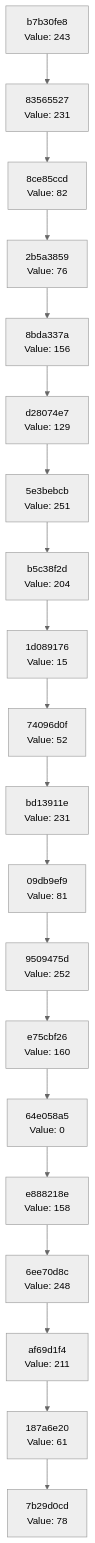
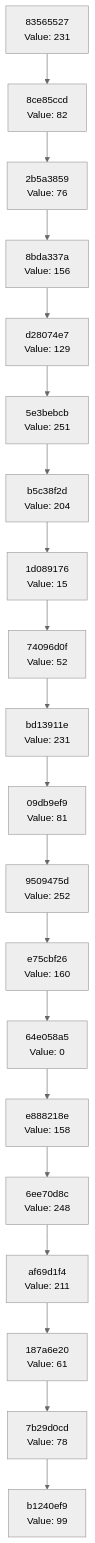
One commit to Abhisheksinha1506/hash-chain-evolver changed the diagram in docs/CHAIN_VISUALIZATION.md. Above: the diagram before and after it, drawn with Mermaid (neutral theme). The commit also changed 2 other files, not shown here.

Commit message:
Evolution step: hash 0x63 → action executed

````diff
--- a/docs/CHAIN_VISUALIZATION.md
+++ b/docs/CHAIN_VISUALIZATION.md
@@ -3,42 +3,42 @@
 ```mermaid
 graph TD
-    C0["7b29d0cd<br/>Value: 78"]
-    C1["187a6e20<br/>Value: 61"]
+    C0["b1240ef9<br/>Value: 99"]
+    C1["7b29d0cd<br/>Value: 78"]
     C1 --> C0
-    C2["af69d1f4<br/>Value: 211"]
+    C2["187a6e20<br/>Value: 61"]
     C2 --> C1
-    C3["6ee70d8c<br/>Value: 248"]
+    C3["af69d1f4<br/>Value: 211"]
     C3 --> C2
-    C4["e888218e<br/>Value: 158"]
+    C4["6ee70d8c<br/>Value: 248"]
     C4 --> C3
-    C5["64e058a5<br/>Value: 0"]
+    C5["e888218e<br/>Value: 158"]
     C5 --> C4
-    C6["e75cbf26<br/>Value: 160"]
+    C6["64e058a5<br/>Value: 0"]
     C6 --> C5
-    C7["9509475d<br/>Value: 252"]
+    C7["e75cbf26<br/>Value: 160"]
     C7 --> C6
-    C8["09db9ef9<br/>Value: 81"]
+    C8["9509475d<br/>Value: 252"]
     C8 --> C7
-    C9["bd13911e<br/>Value: 231"]
+    C9["09db9ef9<br/>Value: 81"]
     C9 --> C8
-    C10["74096d0f<br/>Value: 52"]
+    C10["bd13911e<br/>Value: 231"]
     C10 --> C9
-    C11["1d089176<br/>Value: 15"]
+    C11["74096d0f<br/>Value: 52"]
     C11 --> C10
-    C12["b5c38f2d<br/>Value: 204"]
+    C12["1d089176<br/>Value: 15"]
     C12 --> C11
-    C13["5e3bebcb<br/>Value: 251"]
+    C13["b5c38f2d<br/>Value: 204"]
     C13 --> C12
-    C14["d28074e7<br/>Value: 129"]
+    C14["5e3bebcb<br/>Value: 251"]
     C14 --> C13
-    C15["8bda337a<br/>Value: 156"]
+    C15["d28074e7<br/>Value: 129"]
     C15 --> C14
-    C16["2b5a3859<br/>Value: 76"]
+    C16["8bda337a<br/>Value: 156"]
     C16 --> C15
-    C17["8ce85ccd<br/>Value: 82"]
+    C17["2b5a3859<br/>Value: 76"]
     C17 --> C16
-    C18["83565527<br/>Value: 231"]
+    C18["8ce85ccd<br/>Value: 82"]
     C18 --> C17
-    C19["b7b30fe8<br/>Value: 243"]
+    C19["83565527<br/>Value: 231"]
     C19 --> C18
 ```
````
